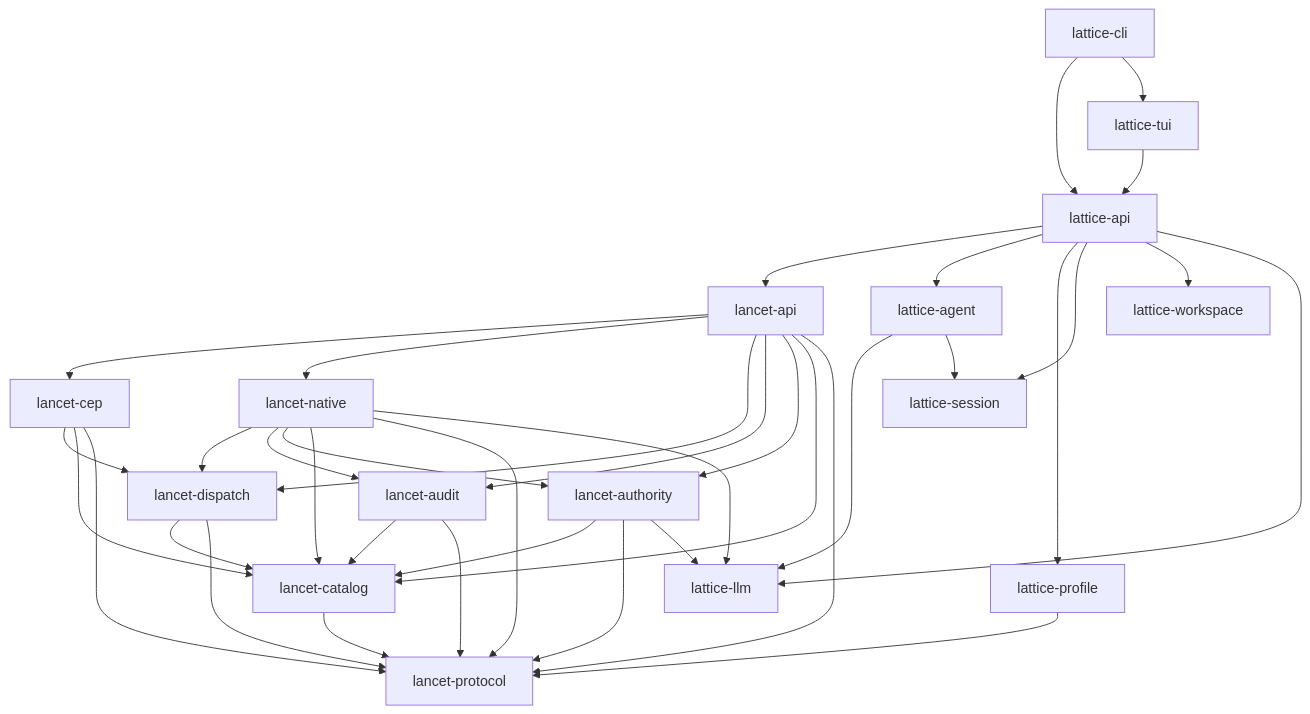
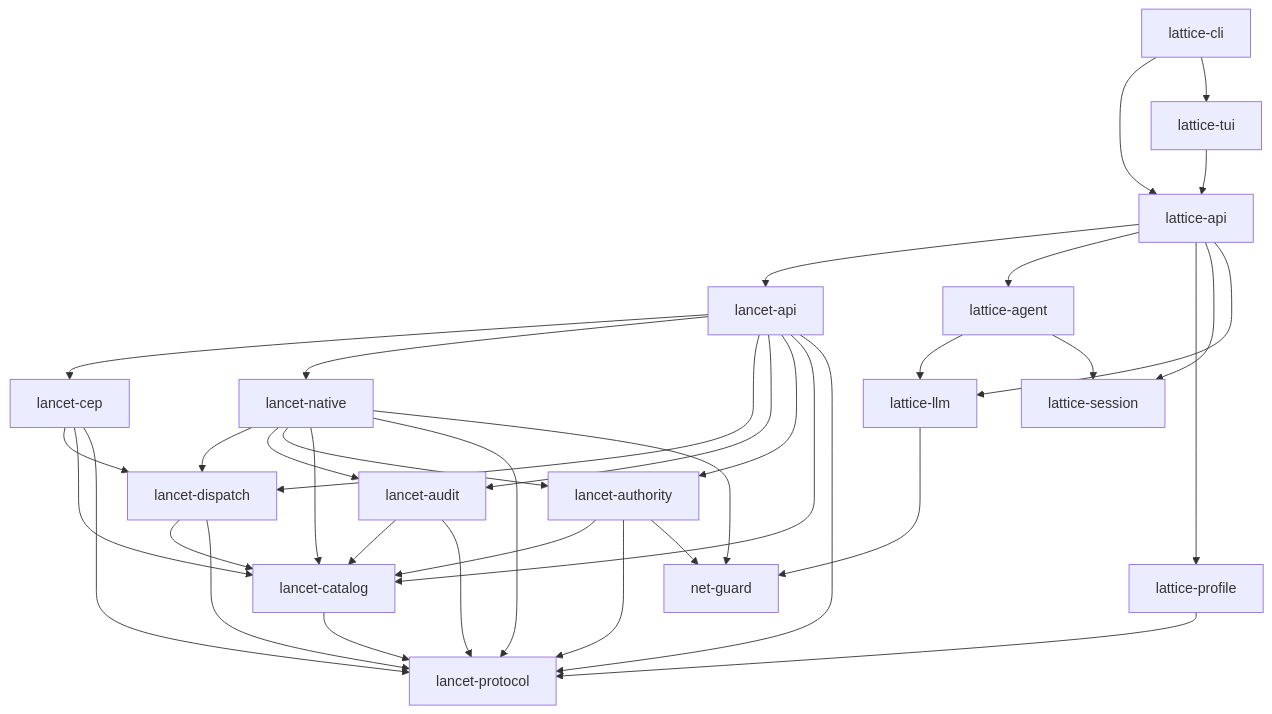
Before and after one commit to Skyline10124/lattice: the diagram in docs/ARCHITECTURE.md, drawn with Mermaid. The commit also changed other lines of this file and 93 other files, not shown here.

First line of the commit message:
refactor(direct-local): delete Upper config, Microsandbox, and lattice-workspace residue (#40)

````diff
--- a/docs/ARCHITECTURE.md
+++ b/docs/ARCHITECTURE.md
@@ -66,10 +60,9 @@
 
     %% Layer 0 — leaves
     PROTOCOL["lancet-protocol"]
+    NETGUARD["net-guard"]
     LLM["lattice-llm"]
     SESSION["lattice-session"]
-    WORKSPACE["lattice-workspace"]
-
     %% Layer 5 -> 4
     CLI --> LAPI
     CLI --> TUI
@@ -80,7 +73,6 @@
     LAPI --> AGENT
     LAPI --> PROFILE
     LAPI --> SESSION
-    LAPI --> WORKSPACE
     LAPI --> LLM
 
     %% Layer 3.5 -> 3 + 2 + 1 + 0
@@ -98,8 +90,7 @@
     NATIVE --> AUTHORITY
     NATIVE --> CATALOG
     NATIVE --> PROTOCOL
-    NATIVE --> LLM
-
+    NATIVE --> NETGUARD
     %% Layer 2.5 -> 2 + 1 + 0
     CEP --> DISPATCH
     CEP --> CATALOG
@@ -112,11 +103,12 @@
     AUDIT --> PROTOCOL
     AUTHORITY --> CATALOG
     AUTHORITY --> PROTOCOL
-    AUTHORITY --> LLM
+    AUTHORITY --> NETGUARD
 
     %% Layer 1 -> 0
     CATALOG --> PROTOCOL
     PROFILE --> PROTOCOL
     AGENT --> LLM
     AGENT --> SESSION
+    LLM --> NETGUARD
 ```
````
